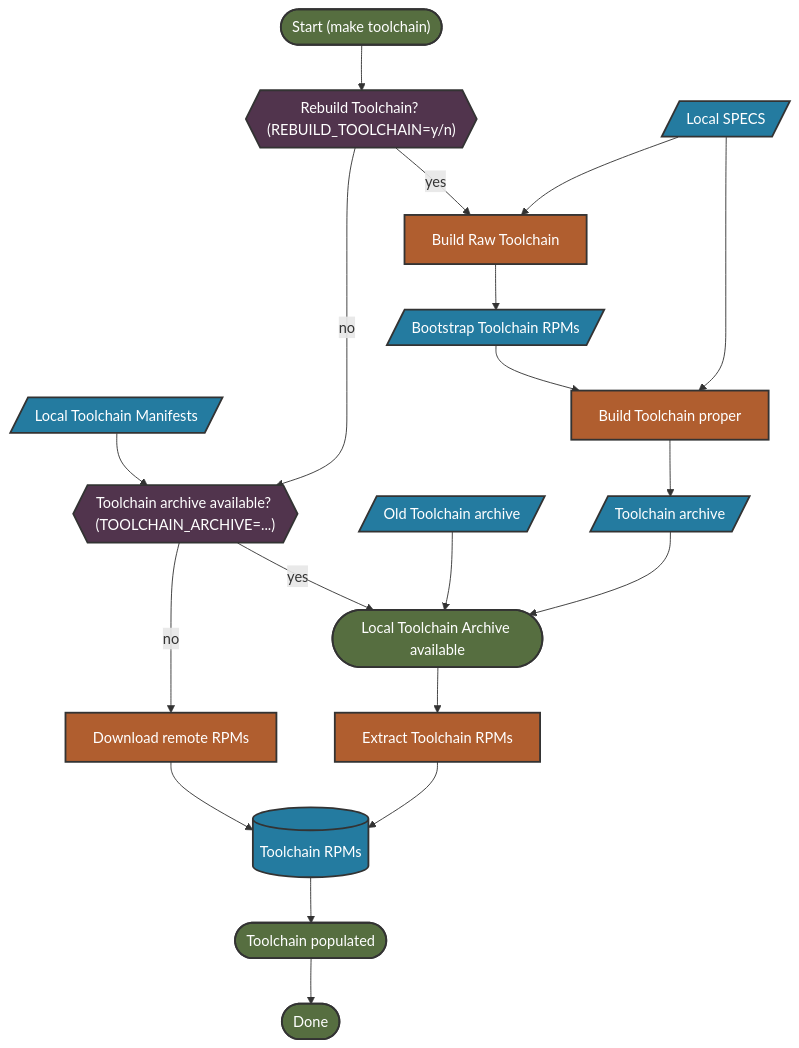
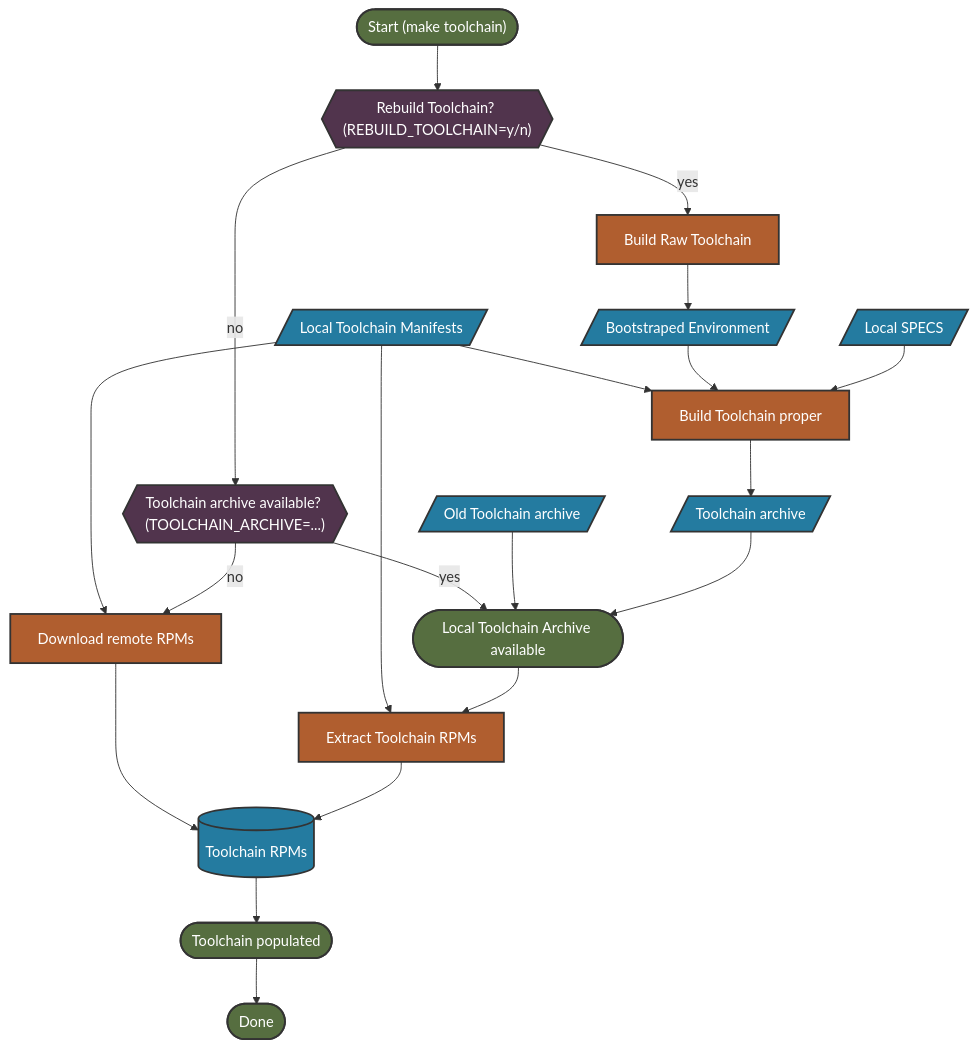
The fourth of 6 diagrams in toolkit/docs/how_it_works/0_intro.md (microsoft/azurelinux), drawn with Mermaid before and after one commit. The commit also changed other lines of this file, not shown here.

Commit message:
Update verbage and error shape

````diff
--- a/toolkit/docs/how_it_works/0_intro.md
+++ b/toolkit/docs/how_it_works/0_intro.md
@@ -102,50 +102,52 @@
 ```mermaid
 flowchart TD
 
     %% style definitions
     classDef io fill:#247BA0,stroke:#333,stroke-width:2px,color:#fff;
     classDef process fill:#B05E2F,stroke:#333,stroke-width:2px,color:#fff;
     classDef decision fill:#51344D,stroke:#333,stroke-width:2px,color:#fff;
     classDef goodState fill:#566E40,stroke:#333,stroke-width:2px,color:#fff;
     classDef badState fill:#BC4B51,stroke:#333,stroke-width:2px,color:#fff;
 
     %% state nodes
     start(["Start (make toolchain)"]):::goodState
     done([Done]):::goodState
+    %% error[[Error]]:::badState
 
     %% TC nodes
     tcManifests[/Local Toolchain Manifests/]:::io
     tcRebuild{{"Rebuild Toolchain? (REBUILD_TOOLCHAIN=y/n)"}}:::decision
     toolchainChoice{{"Toolchain archive available? (TOOLCHAIN_ARCHIVE=...)"}}:::decision
     tcPopulated([Toolchain populated]):::goodState
     tcRPMs[(Toolchain RPMs)]:::io
     tcArchiveOld[/Old Toolchain archive/]:::io
     tcArchiveNew[/Toolchain archive/]:::io
     pullTC([Local Toolchain Archive available]):::goodState
     hydrateTC[Extract Toolchain RPMs]:::process
     buildRawTC[Build Raw Toolchain]:::process
     localSpecs[/Local SPECS/]:::io
-    bsRPMS[/Bootstrap Toolchain RPMs/]:::io
+    bsRPMS[/Bootstraped Environment/]:::io
     buildTC[Build Toolchain proper]:::process
     pullRemote[Download remote RPMs]:::process
 
     %% TC flow
     start --> tcRebuild
     tcRebuild -->|yes| buildRawTC
-    tcManifests --> toolchainChoice
+    tcManifests --> hydrateTC
+    tcManifests --> pullRemote
+    tcManifests --> buildTC
     tcRebuild -->|no|toolchainChoice
     toolchainChoice -->|no| pullRemote
     toolchainChoice -->|yes| pullTC 
     pullRemote --> tcRPMs
     pullTC -->hydrateTC
     tcArchiveOld --> pullTC
     hydrateTC --> tcRPMs
-    localSpecs --> buildRawTC
     buildRawTC --> bsRPMS
     bsRPMS --> buildTC
     localSpecs --> buildTC
     buildTC --> tcArchiveNew
     tcArchiveNew --> pullTC
     tcRPMs-->tcPopulated
     tcPopulated --> done
 ```
````
